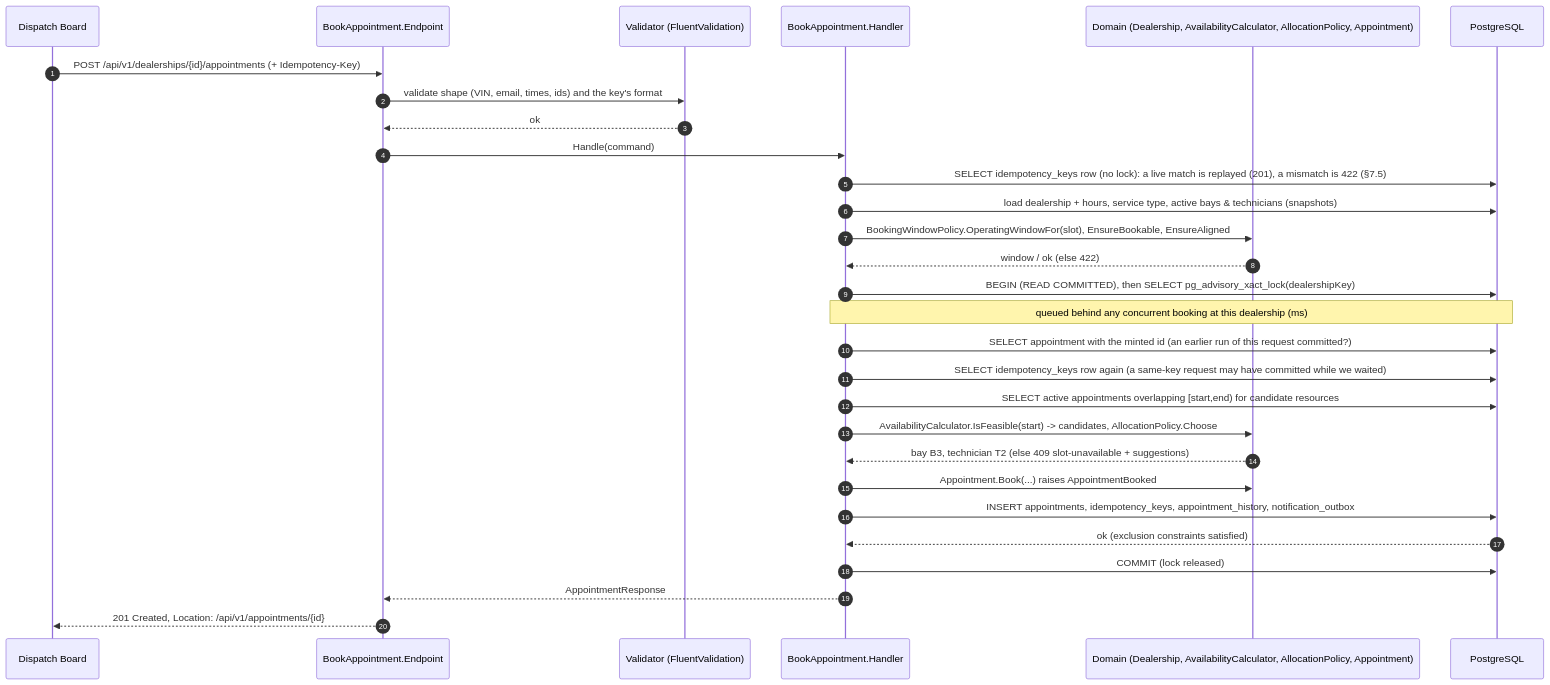
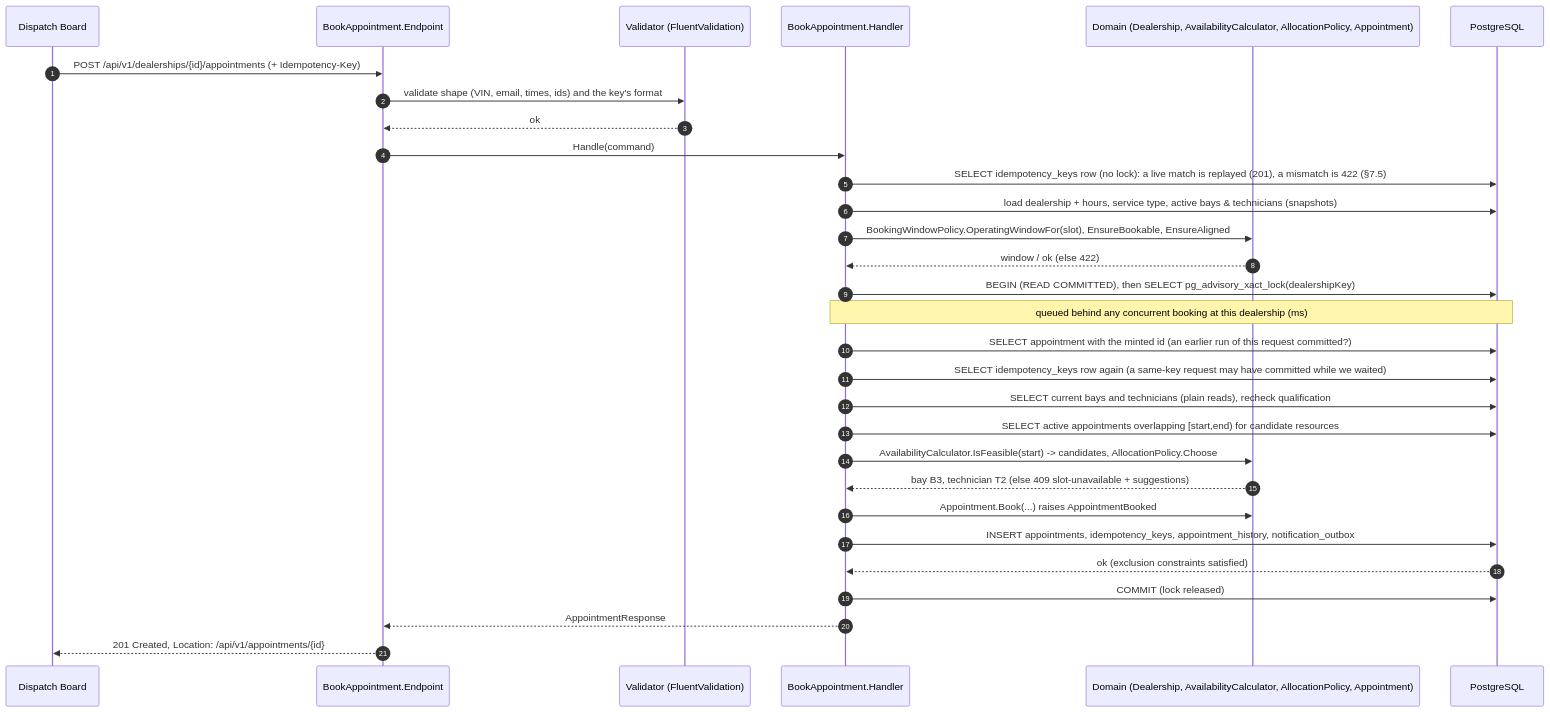
One commit to kylesmile1103/keyloop-service-scheduler changed the sixth of 14 diagrams in docs/ARCHITECTURE.md. Above: the diagram before and after it, drawn with Mermaid. The commit also changed other lines of this file and 9 other files, not shown here.

````diff
--- a/docs/ARCHITECTURE.md
+++ b/docs/ARCHITECTURE.md
@@ -713,32 +720,33 @@
 ```mermaid
 sequenceDiagram
     autonumber
     participant UI as Dispatch Board
     participant EP as BookAppointment.Endpoint
     participant V as Validator (FluentValidation)
     participant H as BookAppointment.Handler
     participant D as Domain (Dealership, AvailabilityCalculator, AllocationPolicy, Appointment)
     participant DB as PostgreSQL
 
     UI->>EP: POST /api/v1/dealerships/{id}/appointments (+ Idempotency-Key)
     EP->>V: validate shape (VIN, email, times, ids) and the key's format
     V-->>EP: ok
     EP->>H: Handle(command)
     H->>DB: SELECT idempotency_keys row (no lock): a live match is replayed (201), a mismatch is 422 (§7.5)
     H->>DB: load dealership + hours, service type, active bays & technicians (snapshots)
     H->>D: BookingWindowPolicy.OperatingWindowFor(slot), EnsureBookable, EnsureAligned
     D-->>H: window / ok (else 422)
     H->>DB: BEGIN (READ COMMITTED), then SELECT pg_advisory_xact_lock(dealershipKey)
     Note over H,DB: queued behind any concurrent booking at this dealership (ms)
     H->>DB: SELECT appointment with the minted id (an earlier run of this request committed?)
     H->>DB: SELECT idempotency_keys row again (a same-key request may have committed while we waited)
+    H->>DB: SELECT current bays and technicians (plain reads), recheck qualification
     H->>DB: SELECT active appointments overlapping [start,end) for candidate resources
     H->>D: AvailabilityCalculator.IsFeasible(start) -> candidates, AllocationPolicy.Choose
     D-->>H: bay B3, technician T2 (else 409 slot-unavailable + suggestions)
     H->>D: Appointment.Book(...) raises AppointmentBooked
     H->>DB: INSERT appointments, idempotency_keys, appointment_history, notification_outbox
     DB-->>H: ok (exclusion constraints satisfied)
     H->>DB: COMMIT (lock released)
     H-->>EP: AppointmentResponse
     EP-->>UI: 201 Created, Location: /api/v1/appointments/{id}
 ```
````
